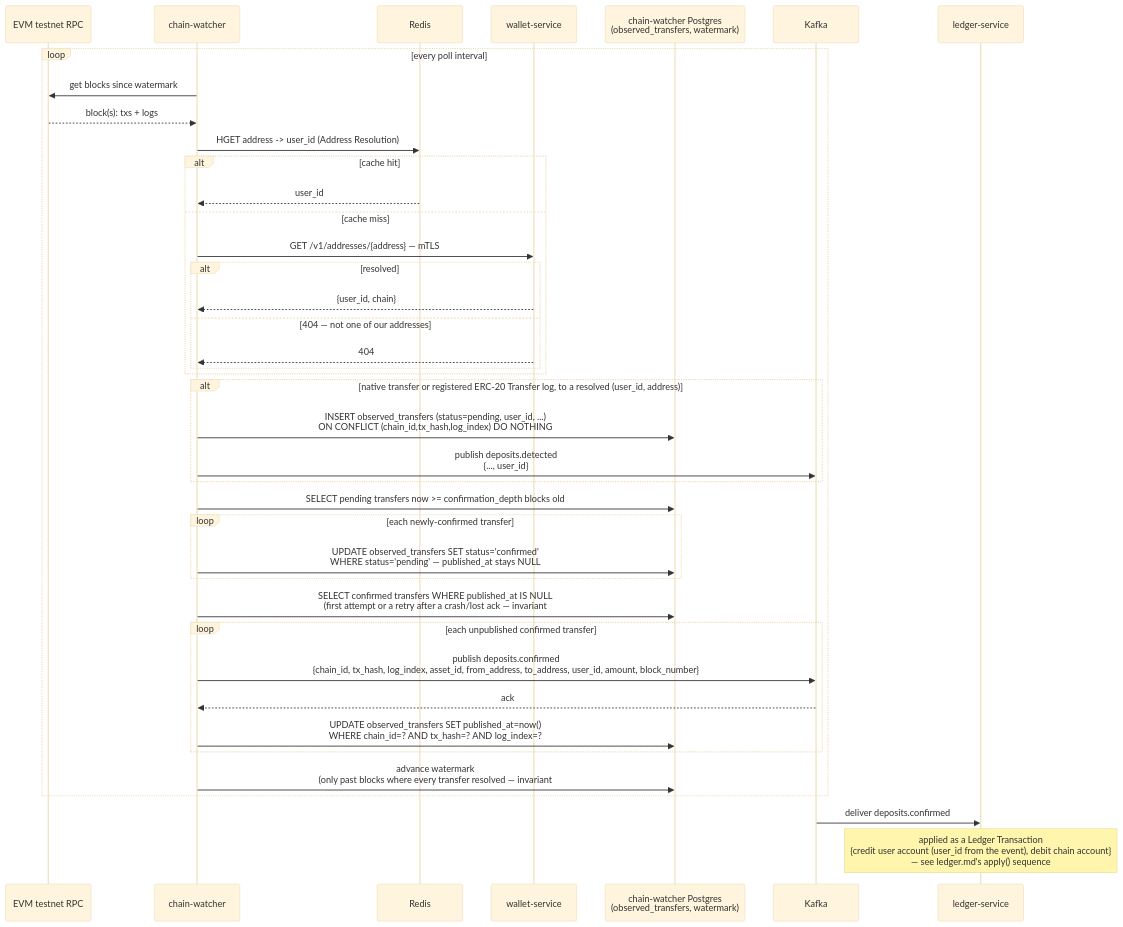
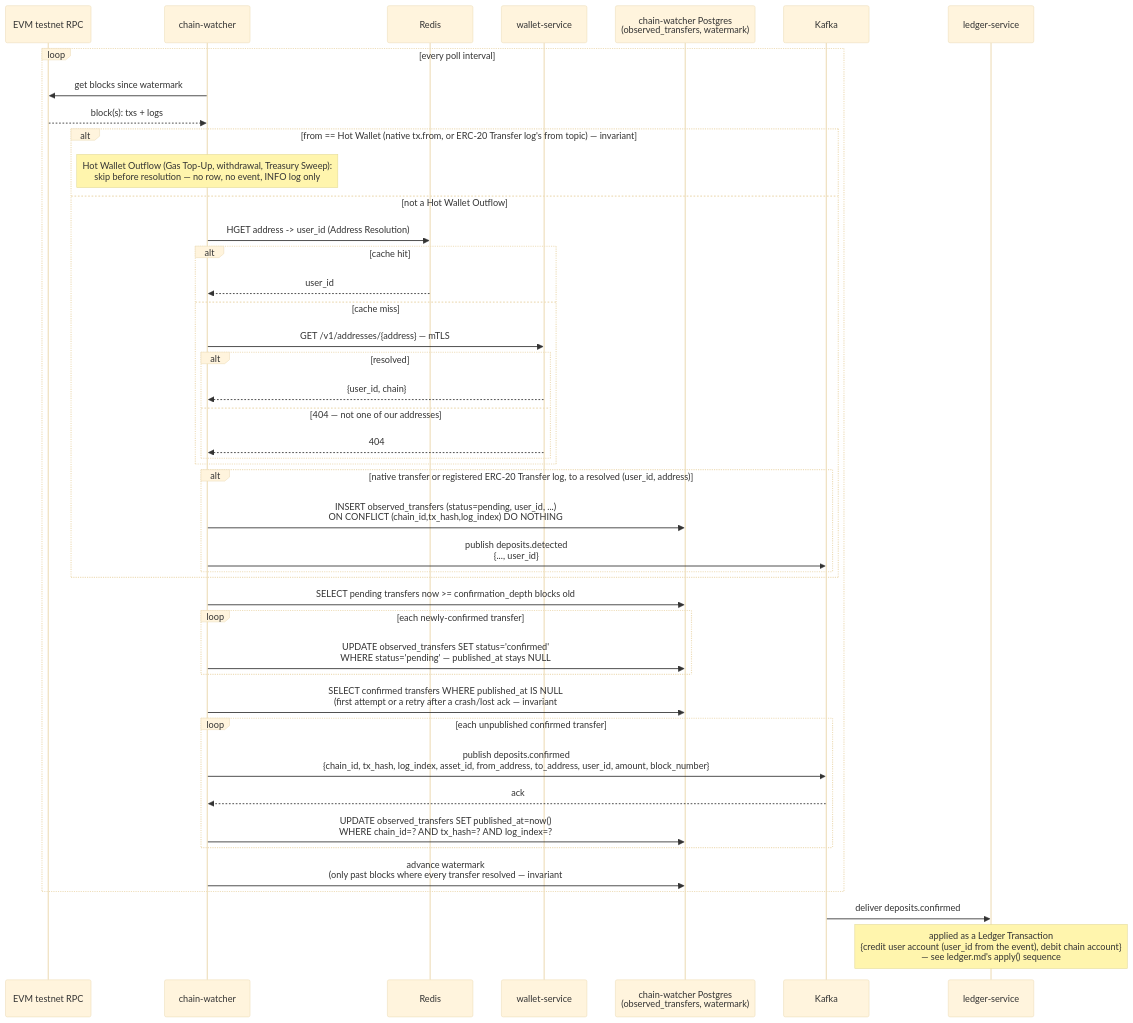
One commit to VuKhuongDuy/DigiWal changed the first of 3 diagrams in docs/design/deposit-flow.md. Above: the diagram before and after it, drawn with Mermaid (base theme). The commit also changed other lines of this file and 4 other files, not shown here.

First line of the commit message:
deposit-flow, integration-contracts, service-auth-mtls: skip Hot Wallet Outflow (invariant #17)

````diff
--- a/docs/design/deposit-flow.md
+++ b/docs/design/deposit-flow.md
@@ -423,44 +502,48 @@
 ```mermaid
 sequenceDiagram
     participant RPC as EVM testnet RPC
     participant CW as chain-watcher
     participant Redis
     participant Wallet as wallet-service
     participant PG as chain-watcher Postgres<br/>(observed_transfers, watermark)
     participant Kafka
     participant Ledger as ledger-service
 
     loop every poll interval
         CW->>RPC: get blocks since watermark
         RPC-->>CW: block(s): txs + logs
+        alt from == Hot Wallet (native tx.from, or ERC-20 Transfer log's from topic) — invariant #17
+            Note over CW: Hot Wallet Outflow (Gas Top-Up, withdrawal, Treasury Sweep):<br/>skip before resolution — no row, no event, INFO log only
+        else not a Hot Wallet Outflow
         CW->>Redis: HGET address -> user_id (Address Resolution)
         alt cache hit
             Redis-->>CW: user_id
         else cache miss
             CW->>Wallet: GET /v1/addresses/{address} — mTLS
             alt resolved
                 Wallet-->>CW: {user_id, chain}
             else 404 — not one of our addresses
                 Wallet-->>CW: 404
             end
         end
         alt native transfer or registered ERC-20 Transfer log, to a resolved (user_id, address)
             CW->>PG: INSERT observed_transfers (status=pending, user_id, ...)<br/>ON CONFLICT (chain_id,tx_hash,log_index) DO NOTHING
             CW->>Kafka: publish deposits.detected<br/>{..., user_id}
+        end
         end
         CW->>PG: SELECT pending transfers now >= confirmation_depth blocks old
         loop each newly-confirmed transfer
             CW->>PG: UPDATE observed_transfers SET status='confirmed'<br/>WHERE status='pending' — published_at stays NULL
         end
         CW->>PG: SELECT confirmed transfers WHERE published_at IS NULL<br/>(first attempt or a retry after a crash/lost ack — invariant #3, revised)
         loop each unpublished confirmed transfer
             CW->>Kafka: publish deposits.confirmed<br/>{chain_id, tx_hash, log_index, asset_id, from_address, to_address, user_id, amount, block_number}
             Kafka-->>CW: ack
             CW->>PG: UPDATE observed_transfers SET published_at=now()<br/>WHERE chain_id=? AND tx_hash=? AND log_index=?
         end
         CW->>PG: advance watermark<br/>(only past blocks where every transfer resolved — invariant #1/#4)
     end
 
     Kafka->>Ledger: deliver deposits.confirmed
     Note over Ledger: applied as a Ledger Transaction<br/>{credit user account (user_id from the event), debit chain account}<br/>— see ledger.md's apply() sequence
 ```
````
